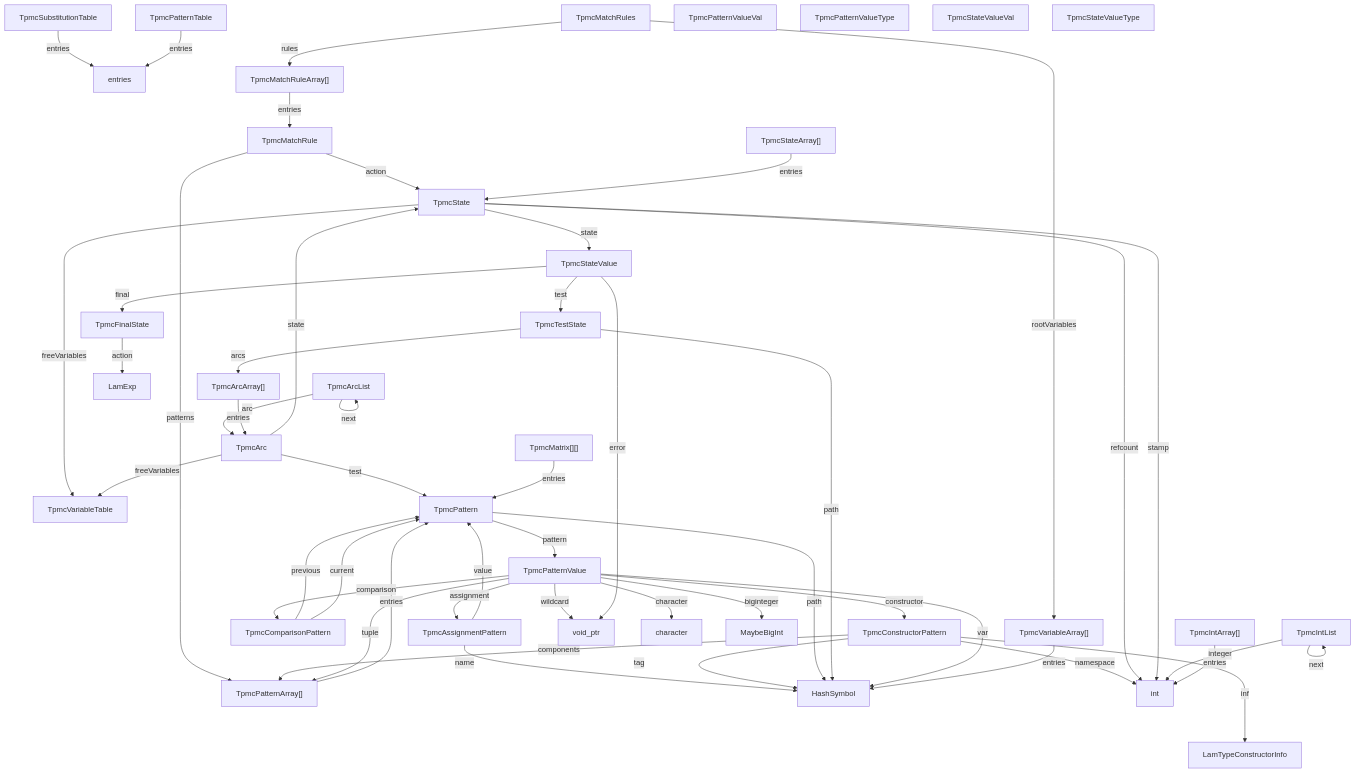
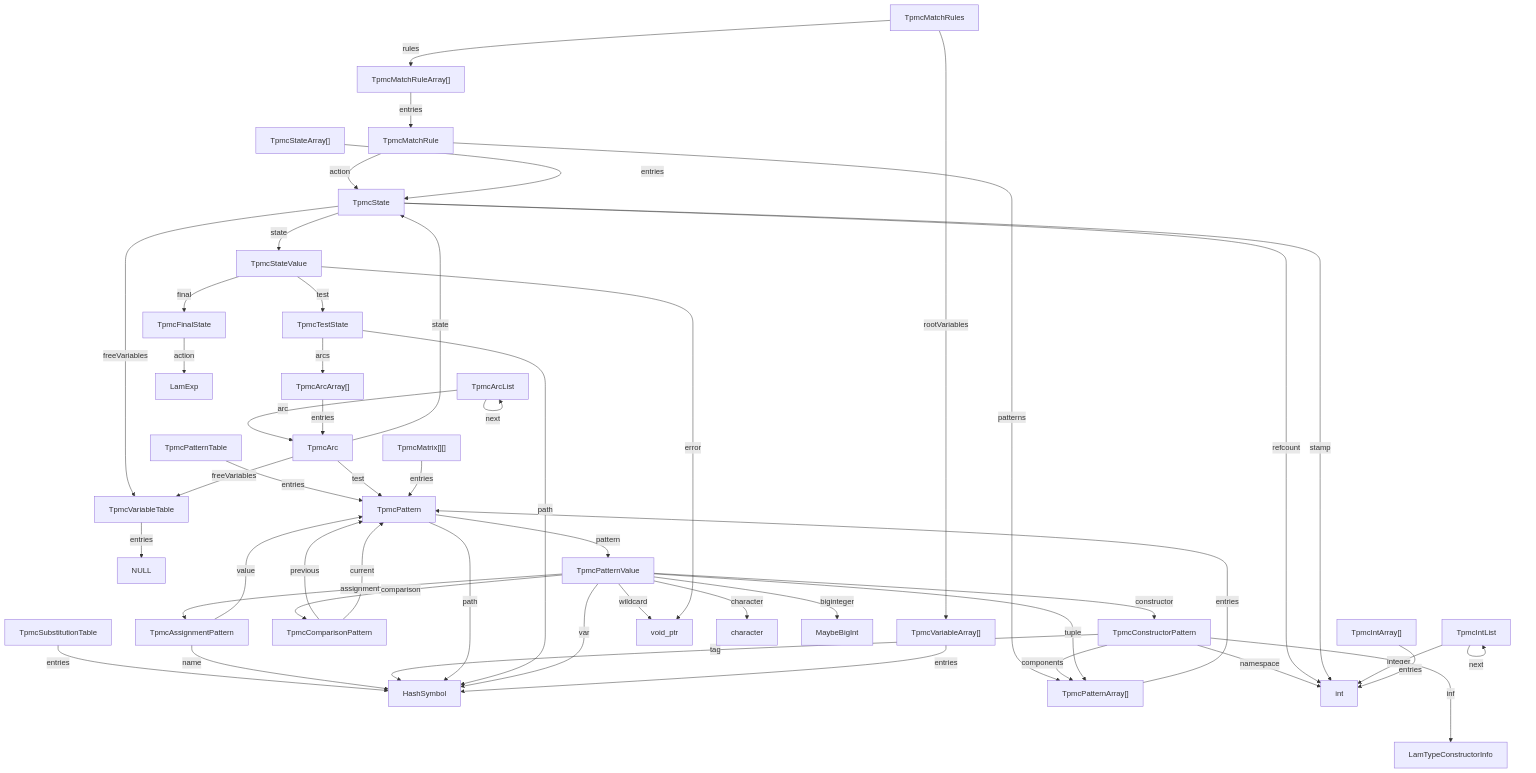
One commit to billhails/CEKF changed the diagram in docs/generated/tpmc.md. Above: the diagram before and after it, drawn with Mermaid. The commit also changed 9 other files, not shown here.

````diff
--- a/docs/generated/tpmc.md
+++ b/docs/generated/tpmc.md
@@ -5,56 +5,52 @@
 ```mermaid
 flowchart TD
-TpmcVariableTable
-TpmcSubstitutionTable --entries--> entries
-TpmcPatternTable --entries--> entries
+TpmcVariableTable --entries--> NULL
+TpmcSubstitutionTable --entries--> HashSymbol
+TpmcPatternTable --entries--> TpmcPattern
 TpmcMatchRules --rules--> TpmcMatchRuleArray
 TpmcMatchRules --rootVariables--> TpmcVariableArray
 TpmcMatchRule --action--> TpmcState
 TpmcMatchRule --patterns--> TpmcPatternArray
 TpmcComparisonPattern --previous--> TpmcPattern
 TpmcComparisonPattern --current--> TpmcPattern
 TpmcAssignmentPattern --name--> HashSymbol
 TpmcAssignmentPattern --value--> TpmcPattern
 TpmcConstructorPattern --tag--> HashSymbol
 TpmcConstructorPattern --namespace--> int
 TpmcConstructorPattern --info--> LamTypeConstructorInfo
 TpmcConstructorPattern --components--> TpmcPatternArray
 TpmcPattern --path--> HashSymbol
 TpmcPattern --pattern--> TpmcPatternValue
 TpmcTestState --path--> HashSymbol
 TpmcTestState --arcs--> TpmcArcArray
 TpmcFinalState --action--> LamExp
 TpmcState --refcount--> int
 TpmcState --stamp--> int
 TpmcState --freeVariables--> TpmcVariableTable
 TpmcState --state--> TpmcStateValue
 TpmcArc --state--> TpmcState
 TpmcArc --test--> TpmcPattern
 TpmcArc --freeVariables--> TpmcVariableTable
 TpmcArcList --arc--> TpmcArc
 TpmcArcList --next--> TpmcArcList
 TpmcIntList --integer--> int
 TpmcIntList --next--> TpmcIntList
 TpmcPatternValue --var--> HashSymbol
 TpmcPatternValue --comparison--> TpmcComparisonPattern
 TpmcPatternValue --assignment--> TpmcAssignmentPattern
 TpmcPatternValue --wildcard--> void_ptr
 TpmcPatternValue --character--> character
 TpmcPatternValue --biginteger--> MaybeBigInt
 TpmcPatternValue --constructor--> TpmcConstructorPattern
 TpmcPatternValue --tuple--> TpmcPatternArray
 TpmcStateValue --test--> TpmcTestState
 TpmcStateValue --final--> TpmcFinalState
 TpmcStateValue --error--> void_ptr
 TpmcMatchRuleArray["TpmcMatchRuleArray[]"] --entries--> TpmcMatchRule
 TpmcVariableArray["TpmcVariableArray[]"] --entries--> HashSymbol
 TpmcPatternArray["TpmcPatternArray[]"] --entries--> TpmcPattern
 TpmcStateArray["TpmcStateArray[]"] --entries--> TpmcState
 TpmcArcArray["TpmcArcArray[]"] --entries--> TpmcArc
 TpmcIntArray["TpmcIntArray[]"] --entries--> int
 TpmcMatrix["TpmcMatrix[][]"] --entries--> TpmcPattern
-TpmcPatternValueVal
-TpmcPatternValueType
-TpmcStateValueVal
-TpmcStateValueType
 ```
````
